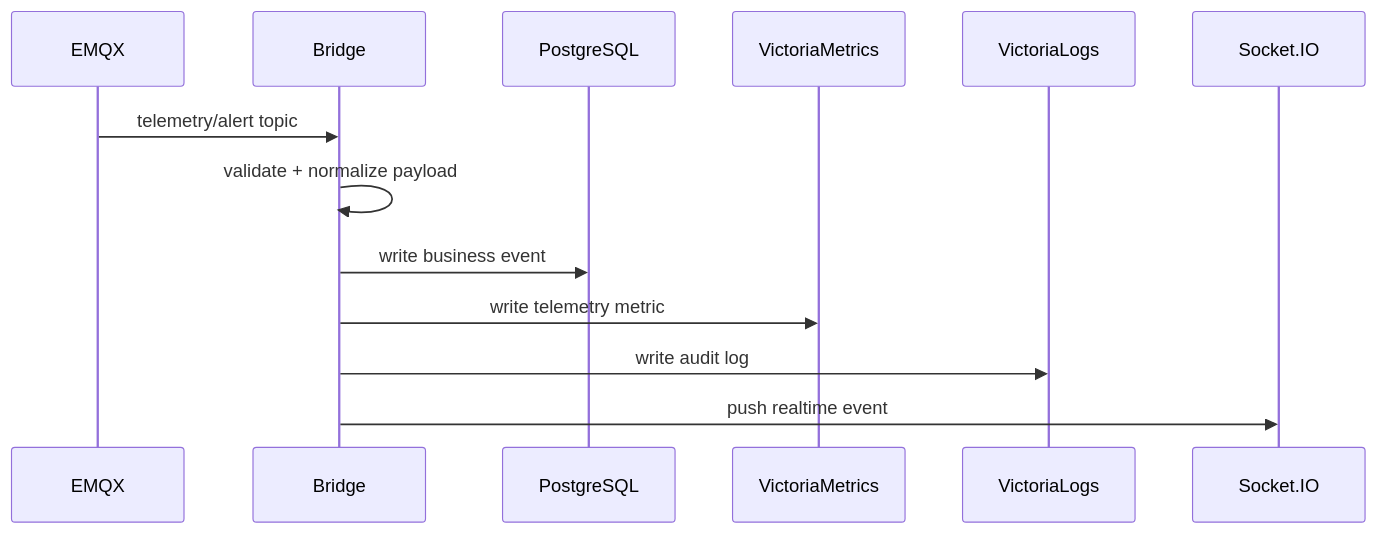
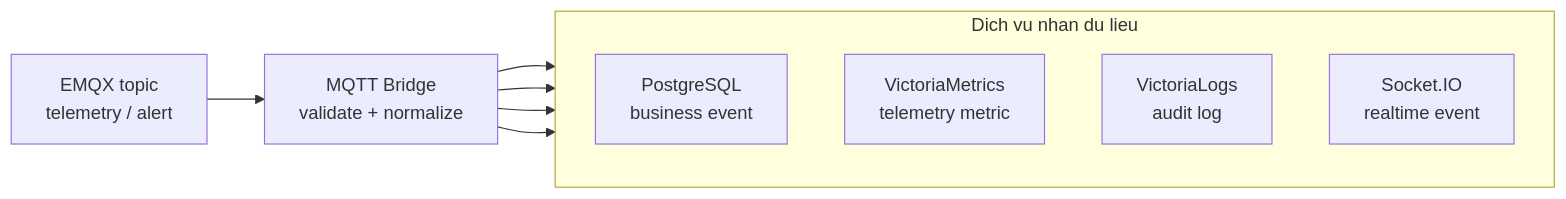
The diagram in resources/reports/thesis/final/assets/uml/09-chuong-4-trien-khai-cloud-hinh-4-17.mmd (anmh1205/IoT_Vehicle_Tracking_System), drawn with Mermaid before and after one commit. The commit also changed 705 other files, not shown here.

```diff
--- a/resources/reports/thesis/final/assets/uml/09-chuong-4-trien-khai-cloud-hinh-4-17.mmd
+++ b/resources/reports/thesis/final/assets/uml/09-chuong-4-trien-khai-cloud-hinh-4-17.mmd
@@ -1,14 +1,15 @@
-sequenceDiagram
-    participant EMQX
-    participant Bridge
-    participant PG as PostgreSQL
-    participant VM as VictoriaMetrics
-    participant VL as VictoriaLogs
-    participant WS as Socket.IO
+flowchart LR
+    EMQX["EMQX topic<br/>telemetry / alert"] --> Bridge["MQTT Bridge<br/>validate + normalize"]
 
-    EMQX->>Bridge: telemetry/alert topic
-    Bridge->>Bridge: validate + normalize payload
-    Bridge->>PG: write business event
-    Bridge->>VM: write telemetry metric
-    Bridge->>VL: write audit log
-    Bridge->>WS: push realtime event
+    subgraph Outputs["Dich vu nhan du lieu"]
+        direction TB
+        PG["PostgreSQL<br/>business event"]
+        VM["VictoriaMetrics<br/>telemetry metric"]
+        VL["VictoriaLogs<br/>audit log"]
+        WS["Socket.IO<br/>realtime event"]
+    end
+
+    Bridge --> PG
+    Bridge --> VM
+    Bridge --> VL
+    Bridge --> WS
```
